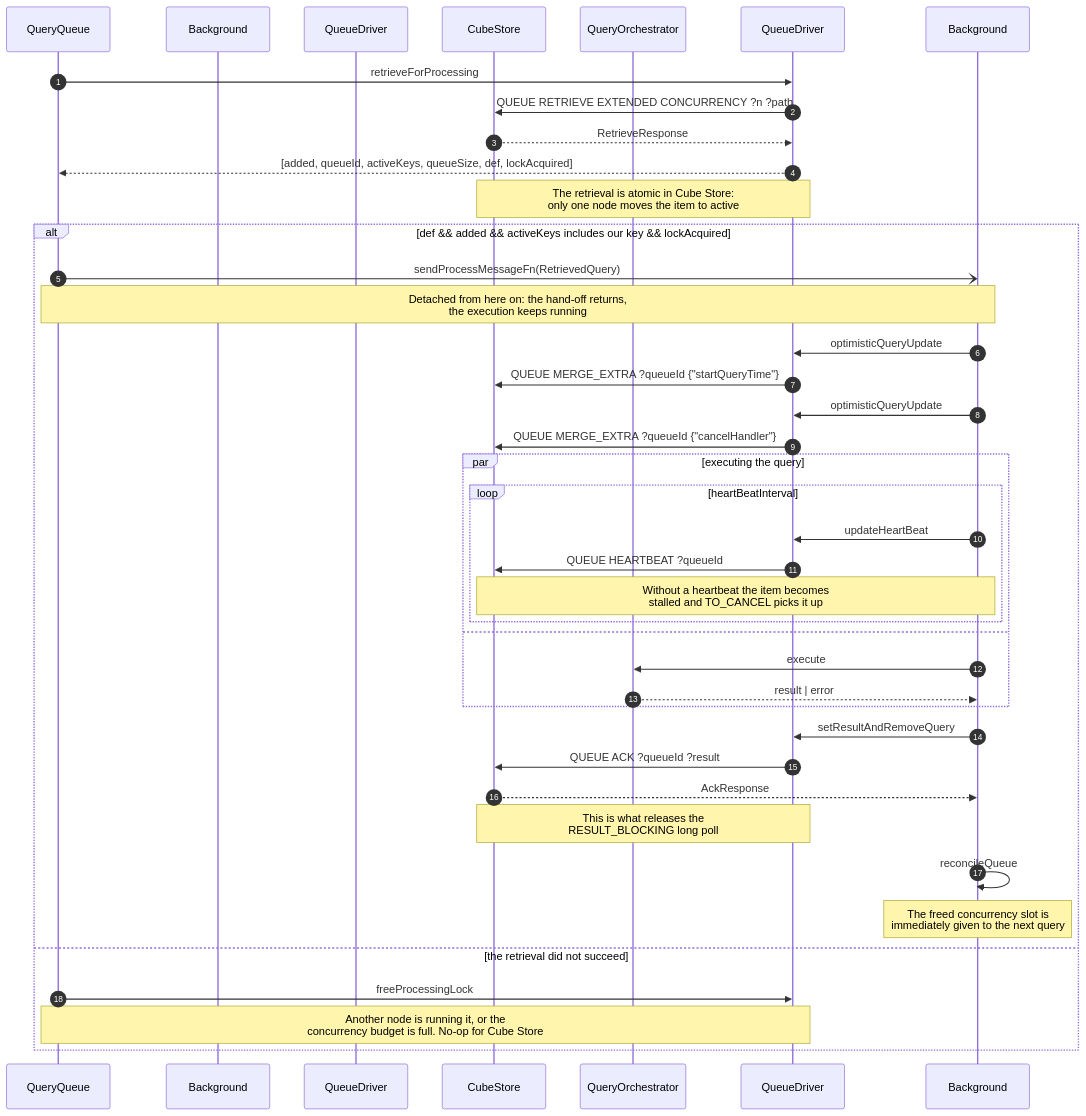
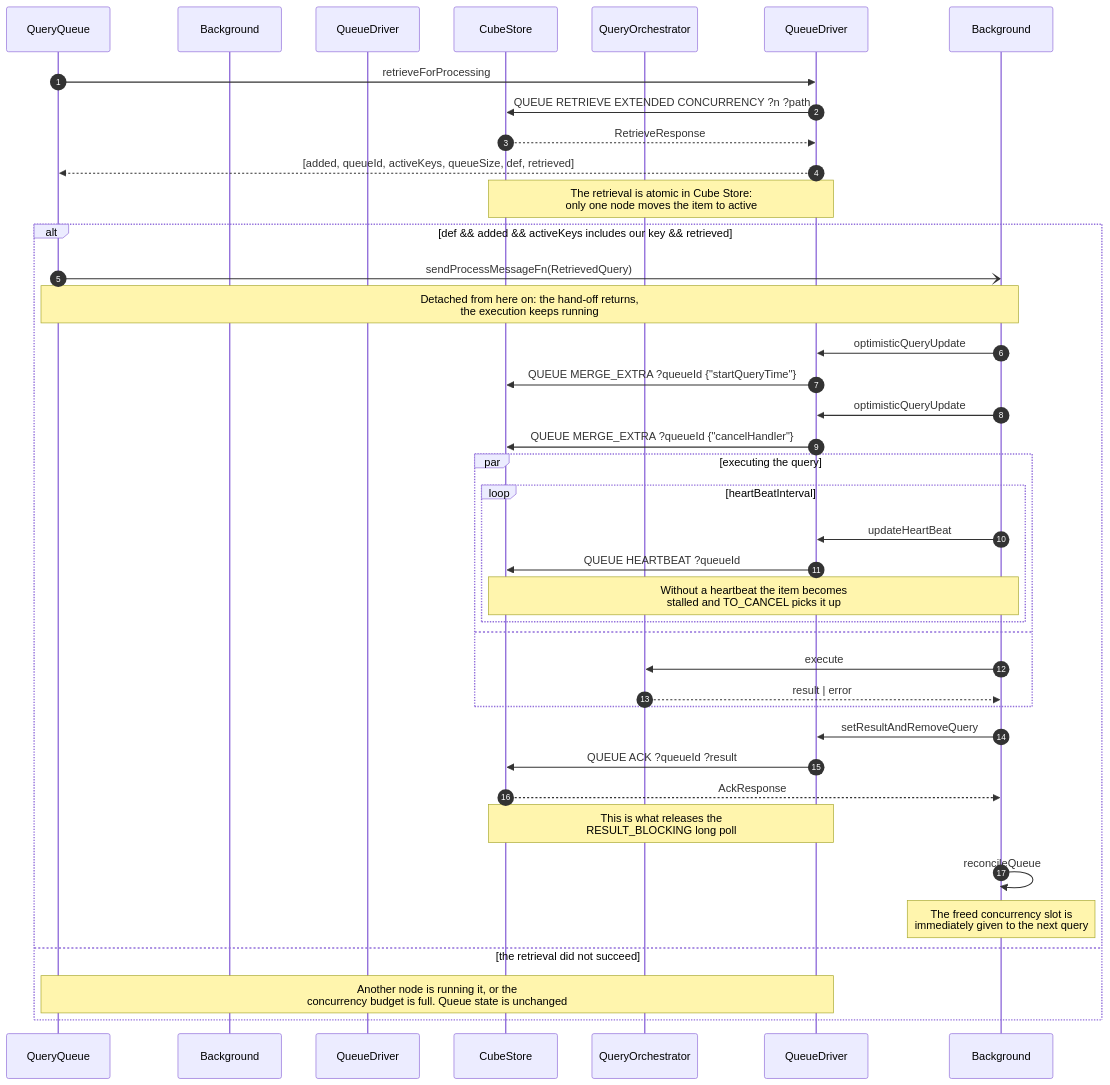
The third of 4 diagrams in packages/cubejs-query-orchestrator/DEVELOPMENT.md (cube-js/cube), drawn with Mermaid before and after one commit. The commit also changed other lines of this file and 6 other files, not shown here.

Commit message:
refactor(query-orchestrator): remove processing ID locks

````diff
--- a/packages/cubejs-query-orchestrator/DEVELOPMENT.md
+++ b/packages/cubejs-query-orchestrator/DEVELOPMENT.md
@@ -213,48 +214,47 @@
 ```mermaid
 sequenceDiagram
     autonumber
     participant QueryQueue
     participant BackgroundQueryQueue as Background
     participant QueueDriverInterface as QueueDriver
     participant CubeStore
     participant QueryOrchestrator
 
     QueryQueue->>QueueDriver: retrieveForProcessing
     QueueDriver->>CubeStore: QUEUE RETRIEVE EXTENDED CONCURRENCY ?n ?path
     CubeStore-->>QueueDriver: RetrieveResponse
-    QueueDriver-->>QueryQueue: [added, queueId, activeKeys, queueSize, def, lockAcquired]
+    QueueDriver-->>QueryQueue: [added, queueId, activeKeys, queueSize, def, retrieved]
     Note over QueueDriver,CubeStore: The retrieval is atomic in Cube Store:<br/>only one node moves the item to active
 
-    alt def && added && activeKeys includes our key && lockAcquired
+    alt def && added && activeKeys includes our key && retrieved
         QueryQueue-)Background: sendProcessMessageFn(RetrievedQuery)
         Note over QueryQueue,Background: Detached from here on: the hand-off returns,<br/>the execution keeps running
 
         Background->>QueueDriver: optimisticQueryUpdate
         QueueDriver->>CubeStore: QUEUE MERGE_EXTRA ?queueId {"startQueryTime"}
 
         Background->>QueueDriver: optimisticQueryUpdate
         QueueDriver->>CubeStore: QUEUE MERGE_EXTRA ?queueId {"cancelHandler"}
 
         par executing the query
             loop heartBeatInterval
                 Background->>QueueDriver: updateHeartBeat
                 QueueDriver->>CubeStore: QUEUE HEARTBEAT ?queueId
                 Note over Background,CubeStore: Without a heartbeat the item becomes<br/>stalled and TO_CANCEL picks it up
             end
         and
             Background->>QueryOrchestrator: execute
             QueryOrchestrator-->>Background: result | error
         end
 
         Background->>QueueDriver: setResultAndRemoveQuery
         QueueDriver->>CubeStore: QUEUE ACK ?queueId ?result
         CubeStore-->>Background: AckResponse
         Note over QueueDriver,CubeStore: This is what releases the<br/>RESULT_BLOCKING long poll
 
         Background->>Background: reconcileQueue
         Note over Background: The freed concurrency slot is<br/>immediately given to the next query
     else the retrieval did not succeed
-        QueryQueue->>QueueDriver: freeProcessingLock
-        Note over QueryQueue,QueueDriver: Another node is running it, or the<br/>concurrency budget is full. No-op for Cube Store
+        Note over QueryQueue,QueueDriver: Another node is running it, or the<br/>concurrency budget is full. Queue state is unchanged
     end
 ```
````
